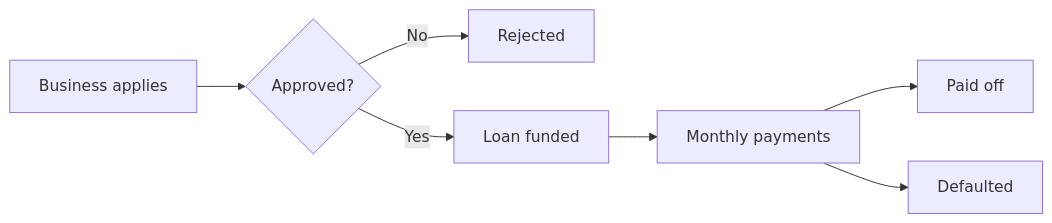
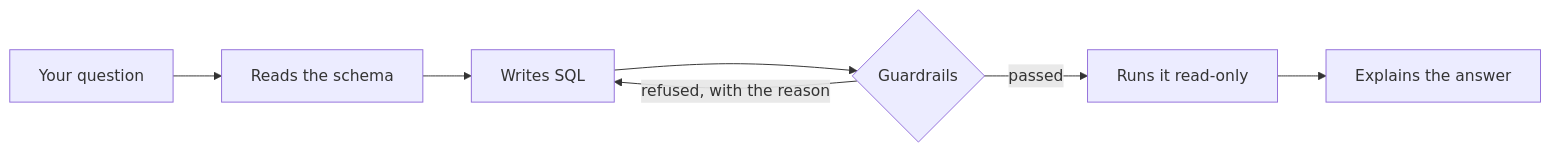
Before and after one commit to evelindsayyy/lumina_reach_analytics_agent-project: the diagram in data/business-context.md, drawn with Mermaid. The commit also changed other lines of this file and 4 other files, not shown here.

````diff
--- a/data/business-context.md
+++ b/data/business-context.md
@@ -54,9 +55,9 @@
 ```mermaid
 flowchart LR
-    A[Business applies] --> B{Approved?}
-    B -- No --> R[Rejected]
-    B -- Yes --> L[Loan funded]
-    L --> P[Monthly payments]
-    P --> D[Paid off]
-    P --> F[Defaulted]
+    Q[Your question] --> S[Reads the schema]
+    S --> W[Writes SQL]
+    W --> G{Guardrails}
+    G -- refused, with the reason --> W
+    G -- passed --> R[Runs it read-only]
+    R --> A[Explains the answer]
 ```
````
